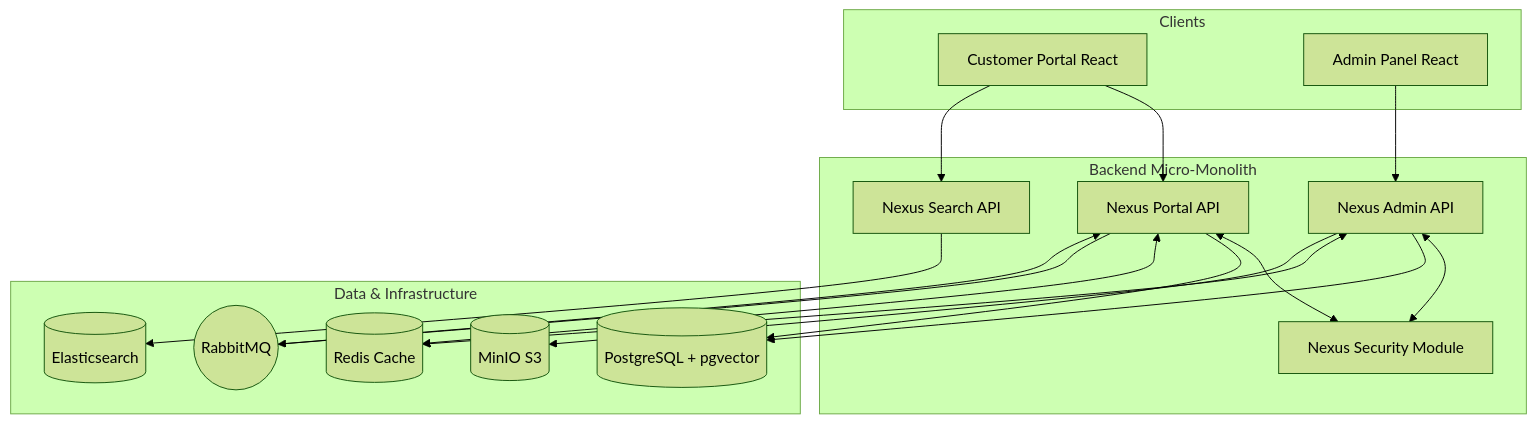
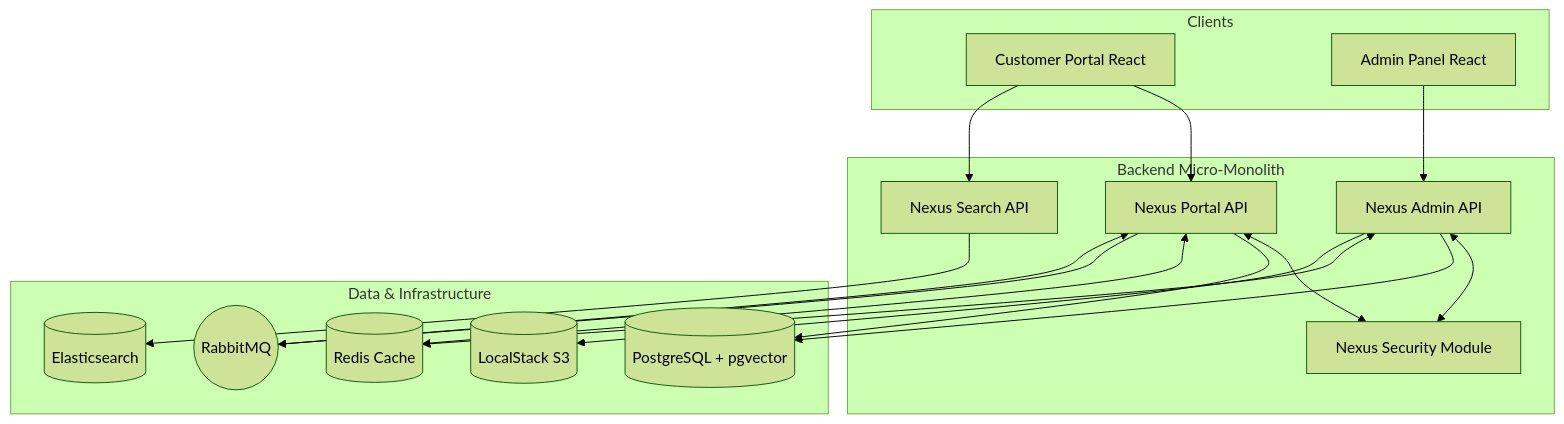
Before and after one commit to AadarshPandey/NexusEngine: the fourth of 5 diagrams in README.md, drawn with Mermaid (forest theme). The commit also changed other lines of this file and 42 other files, not shown here.

````diff
--- a/README.md
+++ b/README.md
@@ -74,41 +74,41 @@
 ```mermaid
 flowchart TD
     subgraph Clients
         CP[Customer Portal React]
         AP[Admin Panel React]
     end
 
     subgraph Backend Micro-Monolith
         PortalAPI[Nexus Portal API]
         AdminAPI[Nexus Admin API]
         SearchAPI[Nexus Search API]
         Security[Nexus Security Module]
     end
 
     subgraph Data & Infrastructure
         PG[(PostgreSQL + pgvector)]
         Redis[(Redis Cache)]
         MQ((RabbitMQ))
         ES[(Elasticsearch)]
-        MinIO[(MinIO S3)]
+        LocalStack[(LocalStack S3)]
     end
 
     CP --> PortalAPI
     CP --> SearchAPI
     AP --> AdminAPI
 
     PortalAPI <--> Security
     AdminAPI <--> Security
     
     PortalAPI --> PG
     AdminAPI --> PG
     
     PortalAPI <--> Redis
     AdminAPI <--> Redis
     
     PortalAPI --> MQ
     MQ --> PortalAPI
     
     SearchAPI --> ES
-    AdminAPI --> MinIO
+    AdminAPI --> LocalStack
 ```
````
